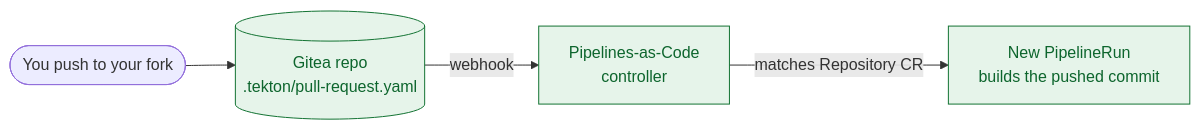
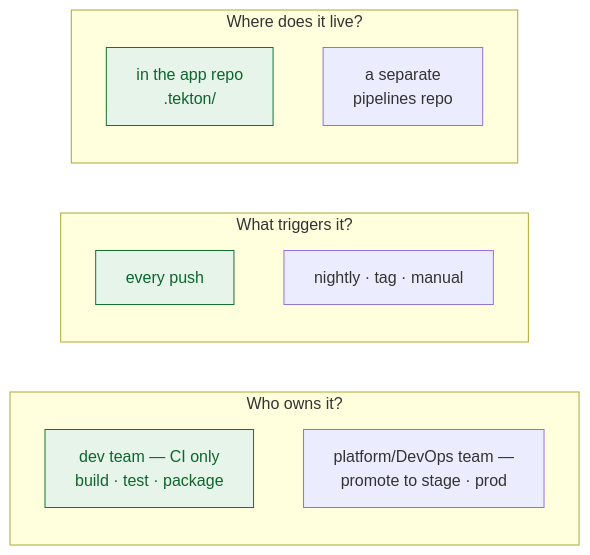
One commit to serhat-dirik/OCP-Getting-Started-Revamped changed the second of 2 diagrams in content/modules/ROOT/pages/m07-pipelines-fundamentals/concept.adoc. Above: the diagram before and after it, drawn with Mermaid. The commit also changed other lines of this file and 12 other files, not shown here.

```diff
--- a/content/modules/ROOT/pages/m07-pipelines-fundamentals/concept.adoc
+++ b/content/modules/ROOT/pages/m07-pipelines-fundamentals/concept.adoc
@@ -155,9 +198,20 @@
 [mermaid]
 ....
 flowchart LR
-  DEV([You push to your fork]) --> GIT[(Gitea repo<br/>.tekton/pull-request.yaml)]
-  GIT -->|webhook| PAC[Pipelines-as-Code<br/>controller]
-  PAC -->|matches Repository CR| RUN[New PipelineRun<br/>builds the pushed commit]
-  classDef n fill:#e6f4ea,stroke:#137333,color:#0d652d;
-  class GIT,PAC,RUN n;
+  subgraph OWN["Who owns it?"]
+    direction TB
+    O1["dev team — CI only<br/>build · test · package"]:::pick
+    O2["platform/DevOps team —<br/>promote to stage · prod"]
+  end
+  subgraph TRIG["What triggers it?"]
+    direction TB
+    T1["every push"]:::pick
+    T2["nightly · tag · manual"]
+  end
+  subgraph PLACE["Where does it live?"]
+    direction TB
+    P1["in the app repo<br/>.tekton/"]:::pick
+    P2["a separate<br/>pipelines repo"]
+  end
+  classDef pick fill:#e6f4ea,stroke:#137333,color:#0d652d;
 ....
```
